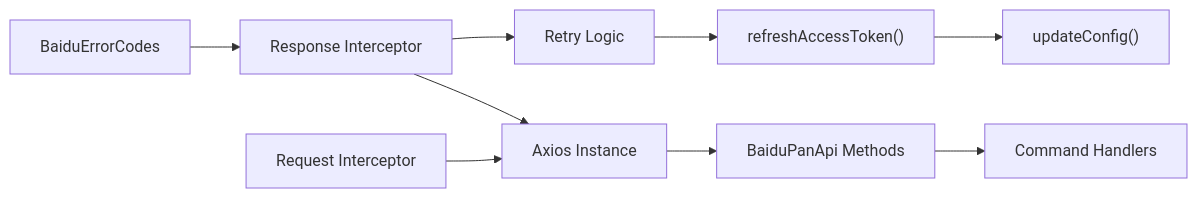
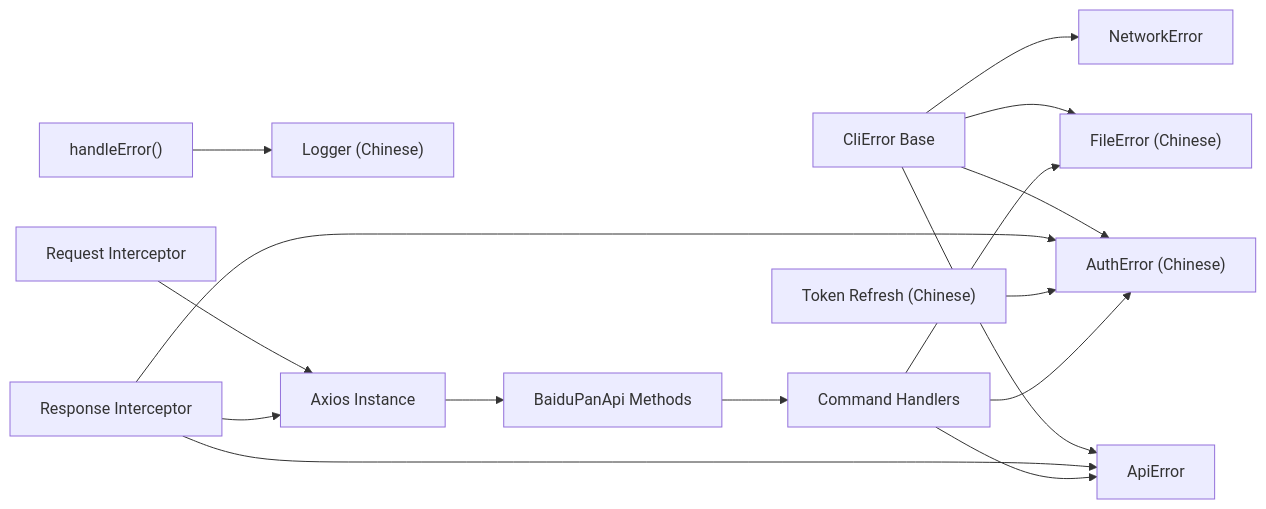
One commit to yuexiaoliang/baiduwangpan-manager changed the fourth of 4 diagrams in .qoder/repowiki/en/content/API Integration/Error Handling & Response Processing.md. Above: the diagram before and after it, drawn with Mermaid. The commit also changed other lines of this file and 30 other files, not shown here.

````diff
--- a/.qoder/repowiki/en/content/API Integration/Error Handling & Response Processing.md
+++ b/.qoder/repowiki/en/content/API Integration/Error Handling & Response Processing.md
@@ -256,11 +375,18 @@
 ```mermaid
 graph LR
-ERR["BaiduErrorCodes"] --> RESP["Response Interceptor"]
-RESP --> RETRY["Retry Logic"]
-RETRY --> REFRESH["refreshAccessToken()"]
-REFRESH --> SAVE["updateConfig()"]
+ERRORBASE["CliError Base"] --> AUTHERR["AuthError (Chinese)"]
+ERRORBASE --> APIERR["ApiError"]
+ERRORBASE --> FILEERR["FileError (Chinese)"]
+ERRORBASE --> NETERR["NetworkError"]
+HANDLE["handleError()"] --> LOGGER["Logger (Chinese)"]
+RESP["Response Interceptor"] --> APIERR
+RESP --> AUTHERR
+REFRESH["Token Refresh (Chinese)"] --> AUTHERR
 REQINT["Request Interceptor"] --> AX["Axios Instance"]
 RESP --> AX
 AX --> API["BaiduPanApi Methods"]
 API --> CMD["Command Handlers"]
+CMD --> FILEERR
+CMD --> AUTHERR
+CMD --> APIERR
 ```
````
